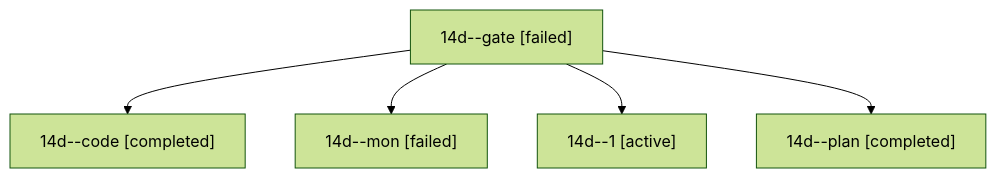
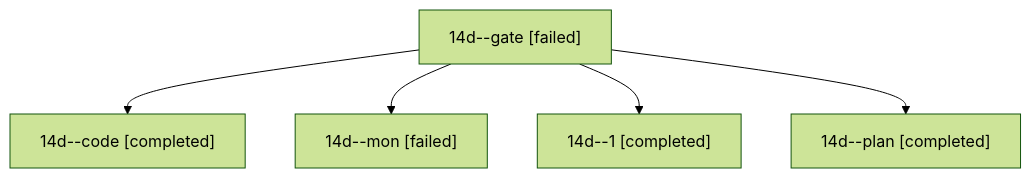
Before and after one commit to sase-org/sase--agents: the diagram in sessions/bbugyi200.athena.14d.md, drawn with Mermaid (forest theme). The commit also changed other lines of this file and 21 other files, not shown here.

````diff
--- a/sessions/bbugyi200.athena.14d.md
+++ b/sessions/bbugyi200.athena.14d.md
@@ -9,12 +9,12 @@
 ```mermaid
 flowchart TD
   n0["14d--gate [failed]"]
   n1["14d--code [completed]"]
   n0 --> n1
   n2["14d--mon [failed]"]
   n0 --> n2
-  n3["14d--1 [active]"]
+  n3["14d--1 [completed]"]
   n0 --> n3
   n4["14d--plan [completed]"]
   n0 --> n4
 ```
````
